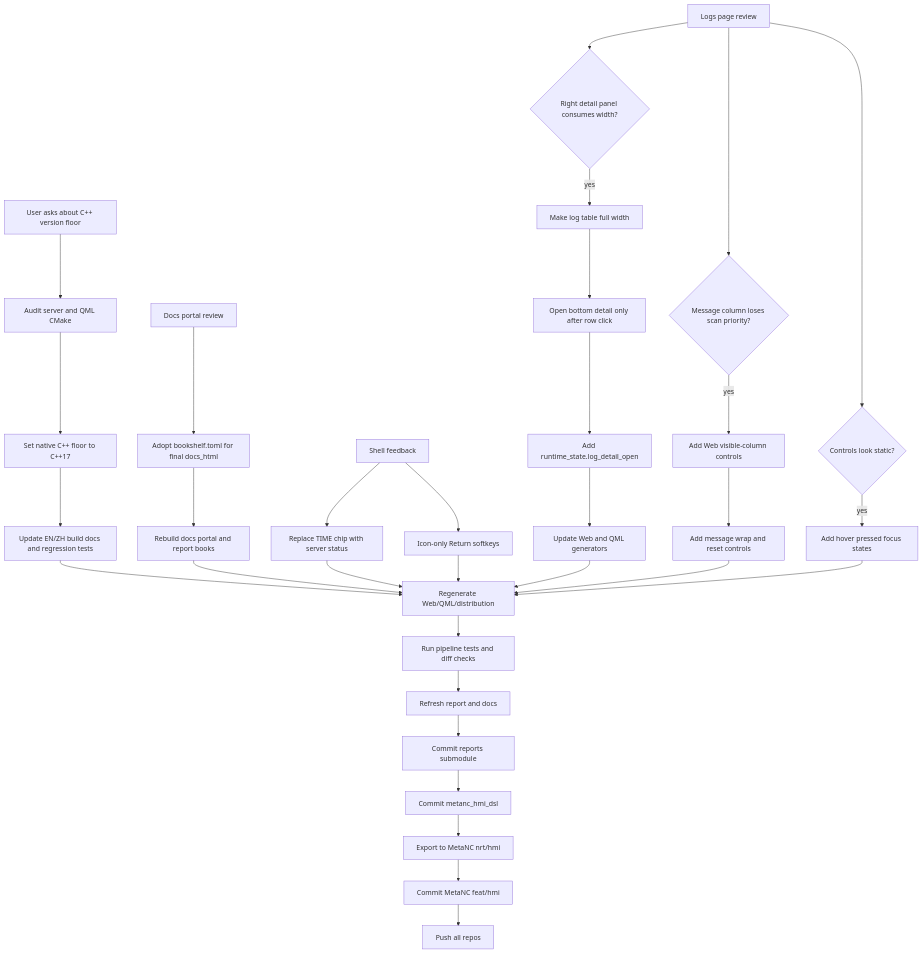
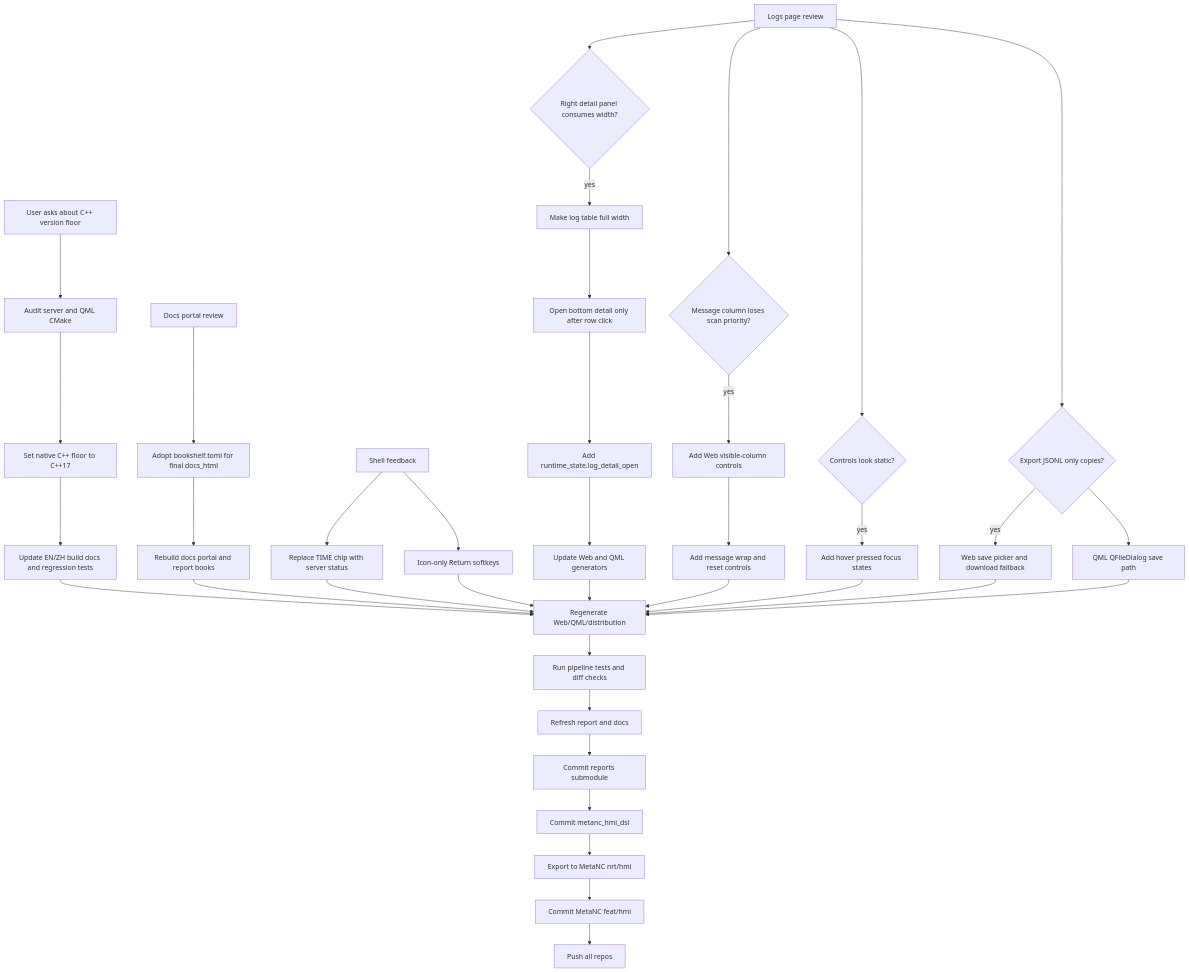
Before and after one commit to luppiterw/metanc_hmi_dsl_reports: the diagram in 2026-05-06-codex-session/workflow-diagram.md, drawn with Mermaid. The commit also changed other lines of this file and 16 other files, not shown here.

````diff
--- a/2026-05-06-codex-session/workflow-diagram.md
+++ b/2026-05-06-codex-session/workflow-diagram.md
@@ -3,38 +3,43 @@
 ```mermaid
 flowchart TD
     A[User asks about C++ version floor] --> B[Audit server and QML CMake]
     B --> C[Set native C++ floor to C++17]
     C --> D[Update EN/ZH build docs and regression tests]
 
     E[Docs portal review] --> F[Adopt bookshelf.toml for final docs_html]
     F --> G[Rebuild docs portal and report books]
 
     H[Shell feedback] --> I[Replace TIME chip with server status]
     H --> J[Icon-only Return softkeys]
 
     K[Logs page review] --> L{Right detail panel consumes width?}
     L -->|yes| M[Make log table full width]
     M --> N[Open bottom detail only after row click]
     N --> O[Add runtime_state.log_detail_open]
     O --> P[Update Web and QML generators]
     K --> K1{Message column loses scan priority?}
     K1 -->|yes| K2[Add Web visible-column controls]
     K2 --> K3[Add message wrap and reset controls]
     K --> K4{Controls look static?}
     K4 -->|yes| K5[Add hover pressed focus states]
+    K --> K6{Export JSONL only copies?}
+    K6 -->|yes| K7[Web save picker and download fallback]
+    K6 --> K8[QML QFileDialog save path]
 
     D --> Q[Regenerate Web/QML/distribution]
     G --> Q
     I --> Q
     J --> Q
     P --> Q
     K3 --> Q
     K5 --> Q
+    K7 --> Q
+    K8 --> Q
     Q --> R[Run pipeline tests and diff checks]
     R --> S[Refresh report and docs]
     S --> T[Commit reports submodule]
     T --> U[Commit metanc_hmi_dsl]
     U --> V[Export to MetaNC nrt/hmi]
     V --> W[Commit MetaNC feat/hmi]
     W --> X[Push all repos]
 ```
````
